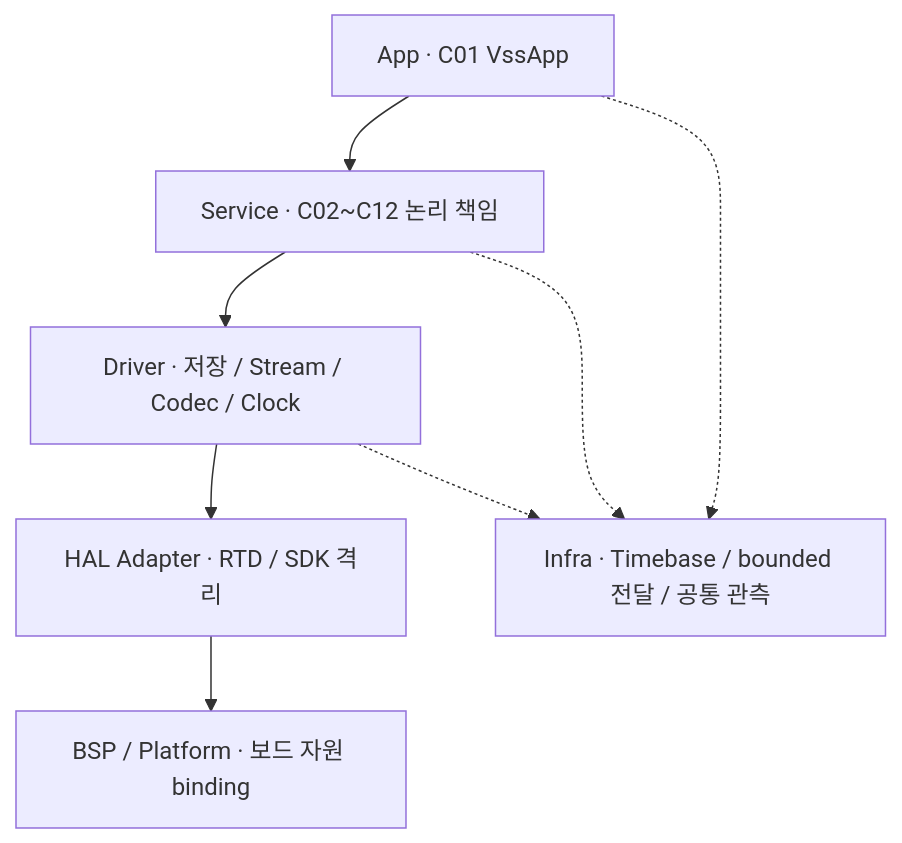
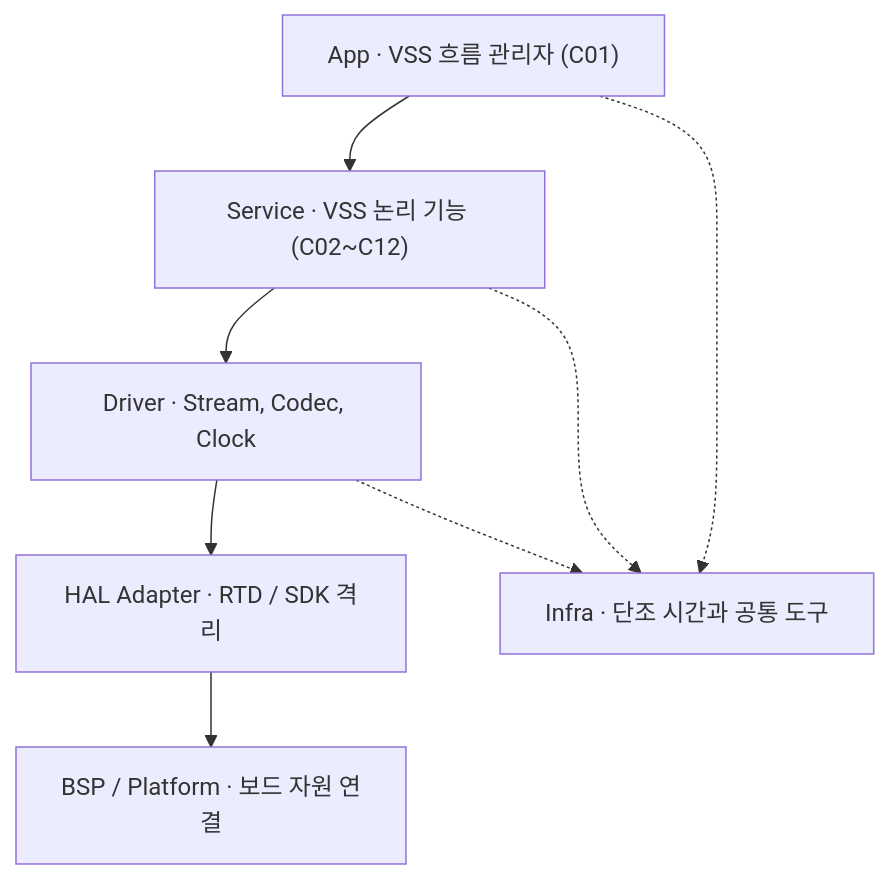
The second of 7 diagrams in docs/architecture/VSS_sw_architecture.md (vehicle-domain-control-system/integrated-vehicle-control), drawn with Mermaid before and after one commit. The commit also changed other lines of this file and 1 other file, not shown here.

Commit message:
docs(VSS): VSS SW 전체 구조 및 책임 경계 설계

````diff
--- a/docs/architecture/VSS_sw_architecture.md
+++ b/docs/architecture/VSS_sw_architecture.md
@@ -119,10 +87,10 @@
 ```mermaid
 flowchart TD
-    App["App · C01 VssApp"] --> Service["Service · C02~C12 논리 책임"]
-    Service --> Driver["Driver · 저장 / Stream / Codec / Clock"]
+    App["App · VSS 흐름 관리자 (C01)"] --> Service["Service · VSS 논리 기능 (C02~C12)"]
+    Service --> Driver["Driver · Stream, Codec, Clock"]
     Driver --> HAL["HAL Adapter · RTD / SDK 격리"]
-    HAL --> BSP["BSP / Platform · 보드 자원 binding"]
-    App -.-> Infra["Infra · Timebase / bounded 전달 / 공통 관측"]
+    HAL --> BSP["BSP / Platform · 보드 자원 연결"]
+    App -.-> Infra["Infra · 단조 시간과 공통 도구"]
     Service -.-> Infra
     Driver -.-> Infra
 ```
````
